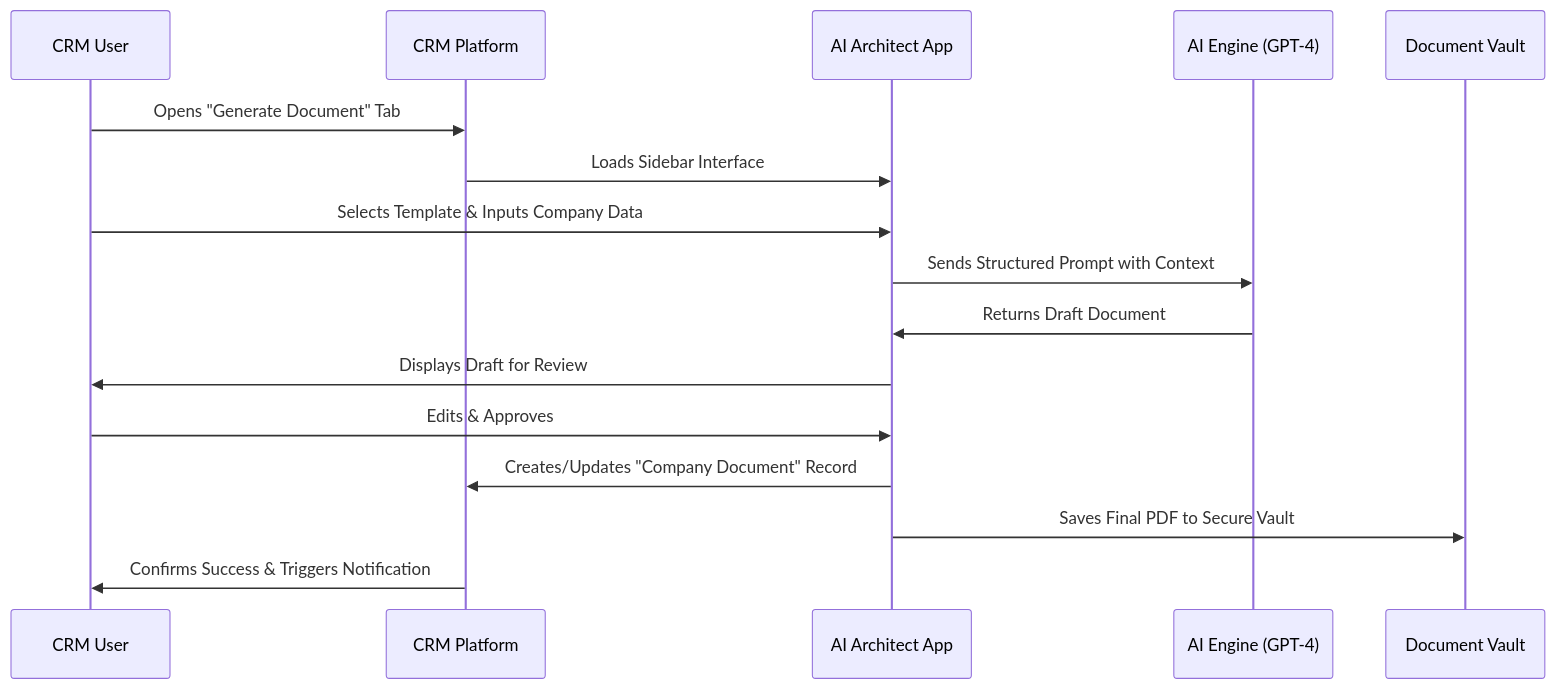
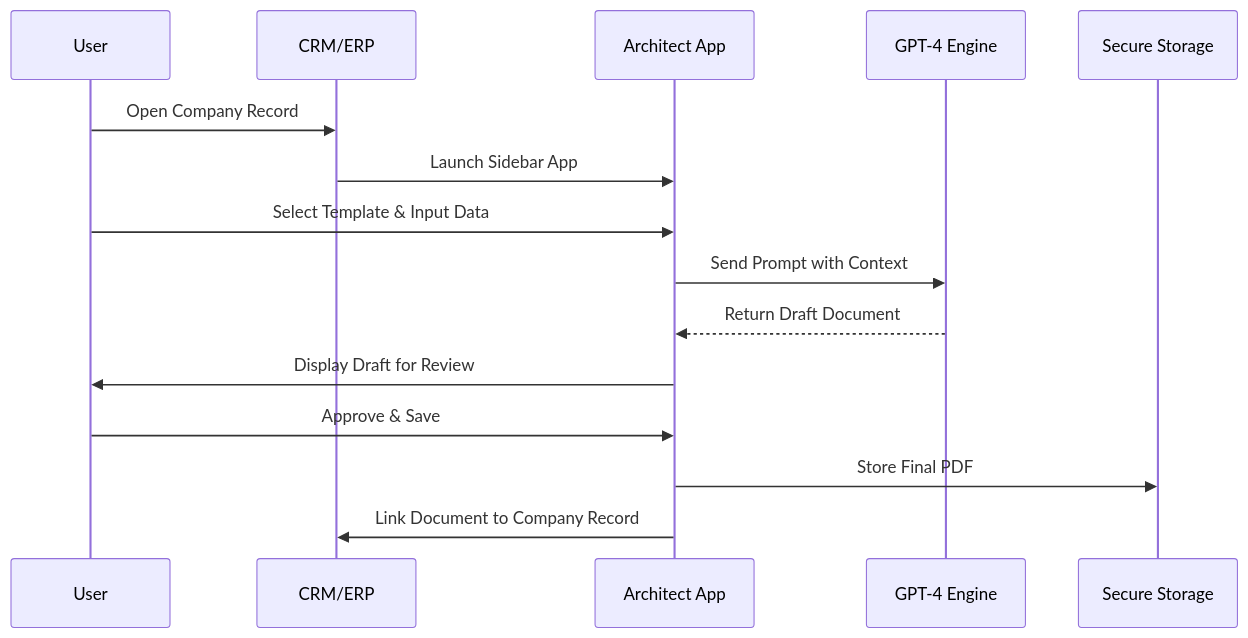
Before and after one commit to kk666679/ai-crm: the second of 3 diagrams in README.md, drawn with Mermaid. The commit also changed other lines of this file and 28 other files, not shown here.

````diff
--- a/README.md
+++ b/README.md
@@ -29,19 +60,18 @@
 ```mermaid
 sequenceDiagram
-    participant User as CRM User
-    participant CRM as CRM Platform
-    participant App as AI Architect App
-    participant AI as AI Engine (GPT-4)
-    participant DB as Document Vault
+    participant U as User
+    participant CRM as CRM/ERP
+    participant APP as Architect App
+    participant AI as GPT-4 Engine
+    participant ST as Secure Storage
 
-    User->>CRM: Opens "Generate Document" Tab
-    CRM->>App: Loads Sidebar Interface
-    User->>App: Selects Template & Inputs Company Data
-    App->>AI: Sends Structured Prompt with Context
-    AI->>App: Returns Draft Document
-    App->>User: Displays Draft for Review
-    User->>App: Edits & Approves
-    App->>CRM: Creates/Updates "Company Document" Record
-    App->>DB: Saves Final PDF to Secure Vault
-    CRM->>User: Confirms Success & Triggers Notification
+    U->>CRM: Open Company Record
+    CRM->>APP: Launch Sidebar App
+    U->>APP: Select Template & Input Data
+    APP->>AI: Send Prompt with Context
+    AI-->>APP: Return Draft Document
+    APP->>U: Display Draft for Review
+    U->>APP: Approve & Save
+    APP->>ST: Store Final PDF
+    APP->>CRM: Link Document to Company Record
 ```
````
